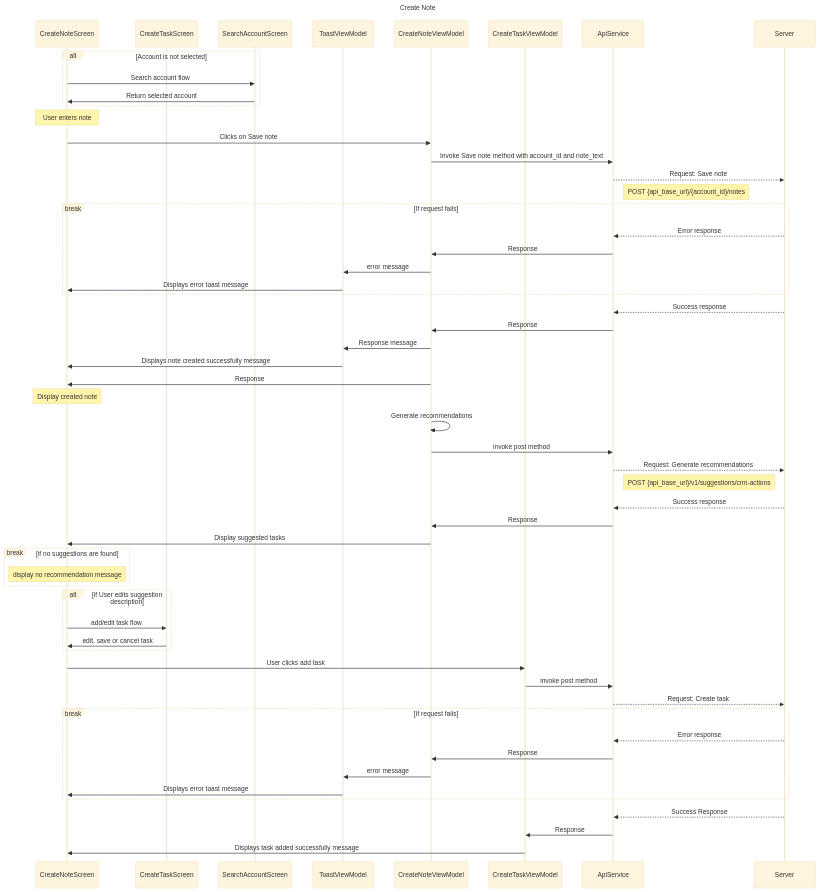
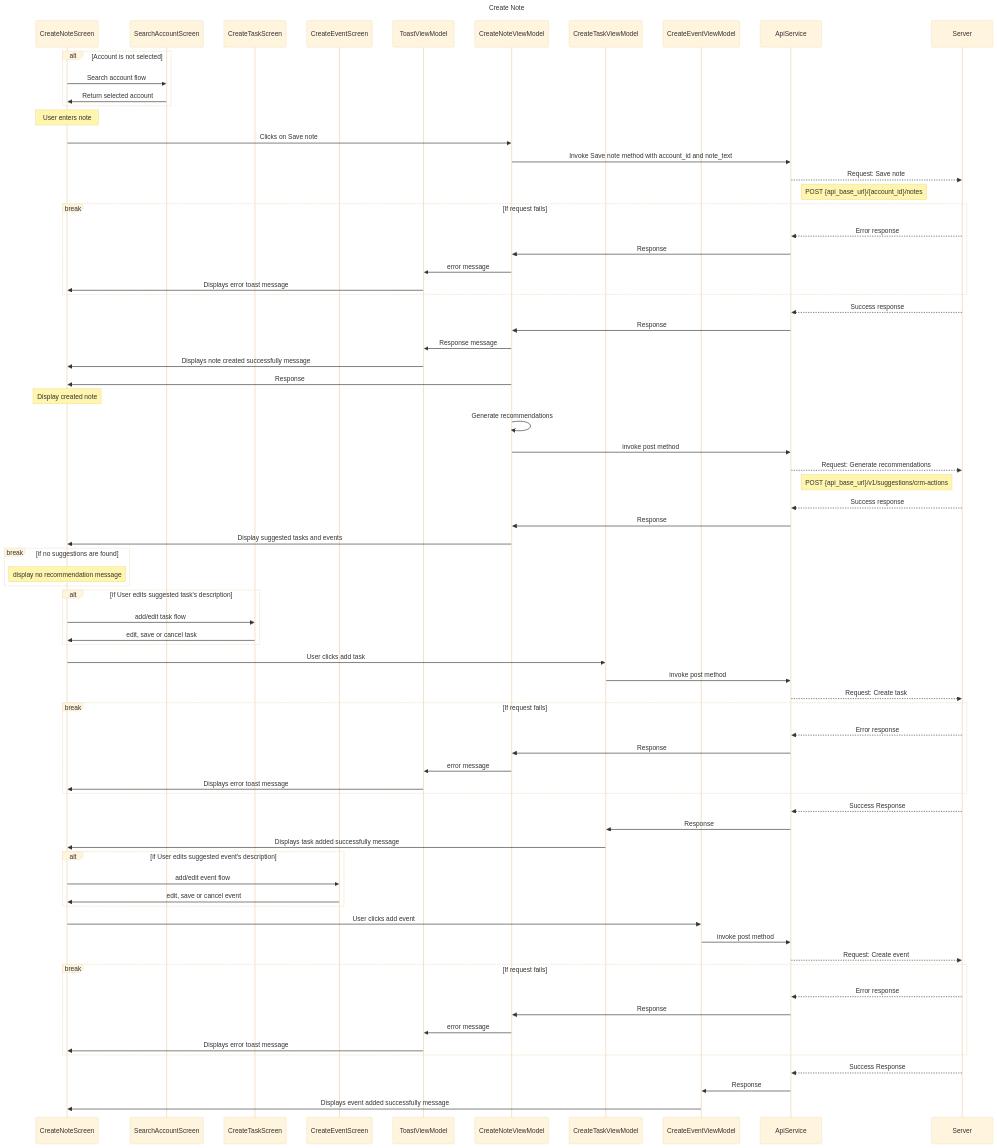
One commit to TrueSparrowSystems/AI-SalesSparrow-Docs changed the diagram in flowDiagrams/IOS/CreateNoteScreen.mermaid. Above: the diagram before and after it, drawn with Mermaid (base theme). The commit also changed 1 other file, not shown here.

Commit message:
Added flow for create event from recommendation on save note

```diff
--- a/flowDiagrams/IOS/CreateNoteScreen.mermaid
+++ b/flowDiagrams/IOS/CreateNoteScreen.mermaid
@@ -1,68 +1,90 @@
 sequenceDiagram
     title Create Note
 
     participant CNS as CreateNoteScreen
+    participant SAS as SearchAccountScreen
     participant CTS as CreateTaskScreen
-    participant SAS as SearchAccountScreen
+    participant CES as CreateEventScreen
     participant TVM as ToastViewModel
     participant CNVM as CreateNoteViewModel
     participant CTVM as CreateTaskViewModel
+    participant CEVM as CreateEventViewModel
     participant AS as ApiService
     participant S as Server
 
     alt  Account is not selected
         CNS->>SAS: Search account flow
         SAS->>CNS: Return selected account
     end
 
     note over CNS: User enters note
 
     CNS->>CNVM : Clicks on Save note
     CNVM->>AS: Invoke Save note method with account_id and note_text
     AS-->>S : Request: Save note
     note right of AS: POST {api_base_url}/{account_id}/notes
 
     break If request fails
         S-->>AS: Error response
         AS->>CNVM: Response
         CNVM->>TVM: error message
         TVM->>CNS: Displays error toast message
     end
     
     S-->>AS: Success response
     AS->>CNVM: Response
     CNVM->>TVM: Response message
     TVM->>CNS: Displays note created successfully message
     CNVM->>CNS: Response
     note over CNS: Display created note
     CNVM->>CNVM: Generate recommendations
     CNVM->>AS: invoke post method
     AS-->>S: Request: Generate recommendations
     note right of AS: POST {api_base_url}/v1/suggestions/crm-actions
     S-->>AS: Success response
     AS->>CNVM: Response
-    CNVM->>CNS: Display suggested tasks
+    CNVM->>CNS: Display suggested tasks and events
 
     break if no suggestions are found
     note over CNS: display no recommendation message
     end
 
-    alt if User edits suggestion description
+    alt if User edits suggested task's description
     CNS->>CTS: add/edit task flow
     CTS->>CNS: edit, save or cancel task
     end
 
     CNS->>CTVM: User clicks add task
     CTVM->>AS: invoke post method
     AS-->>S: Request: Create task
 
     break If request fails
         S-->>AS: Error response
         AS->>CNVM: Response
         CNVM->>TVM: error message
         TVM->>CNS: Displays error toast message
     end
 
     S-->>AS: Success Response
     AS->>CTVM: Response
     CTVM->>CNS: Displays task added successfully message
+
+    alt if User edits suggested event's description
+    CNS->>CES: add/edit event flow
+    CES->>CNS: edit, save or cancel event
+    end
+    
+    CNS->>CEVM: User clicks add event
+    CEVM->>AS: invoke post method
+    AS-->>S: Request: Create event
+
+    break If request fails
+        S-->>AS: Error response
+        AS->>CNVM: Response
+        CNVM->>TVM: error message
+        TVM->>CNS: Displays error toast message
+    end
+
+    S-->>AS: Success Response
+    AS->>CEVM: Response
+    CEVM->>CNS: Displays event added successfully message
```
